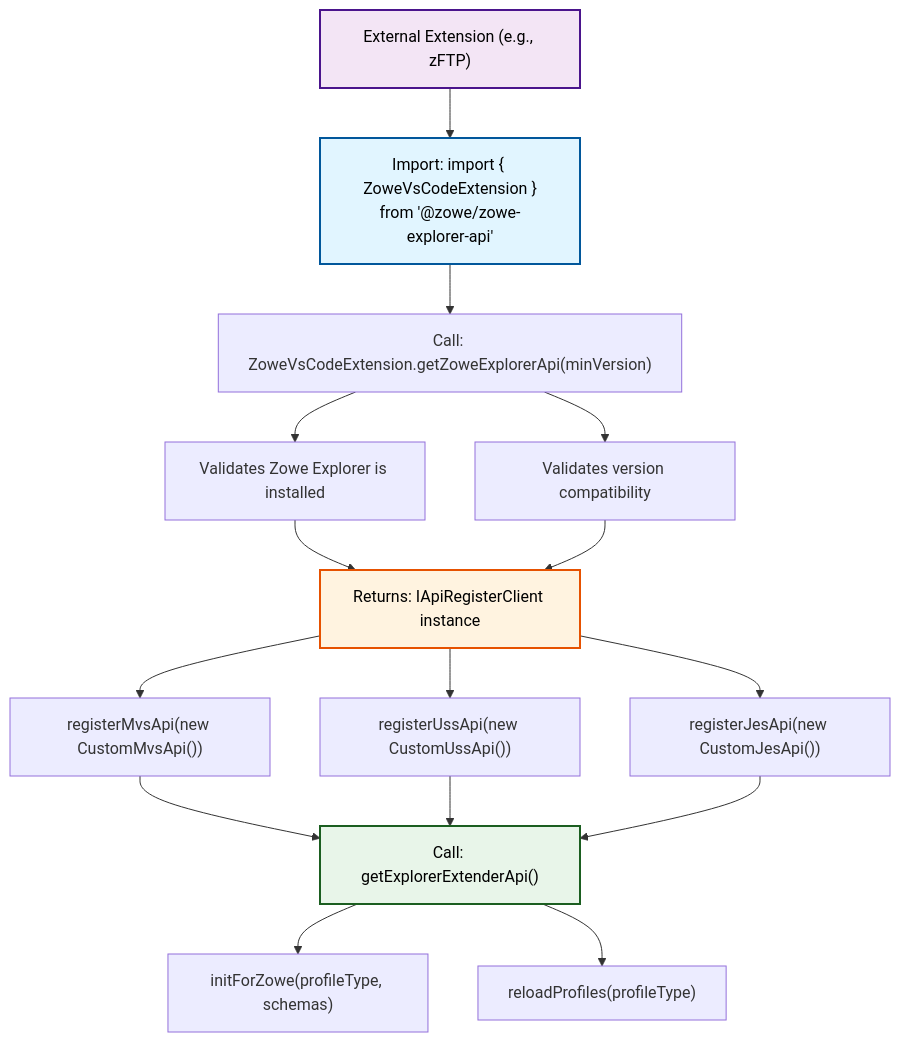
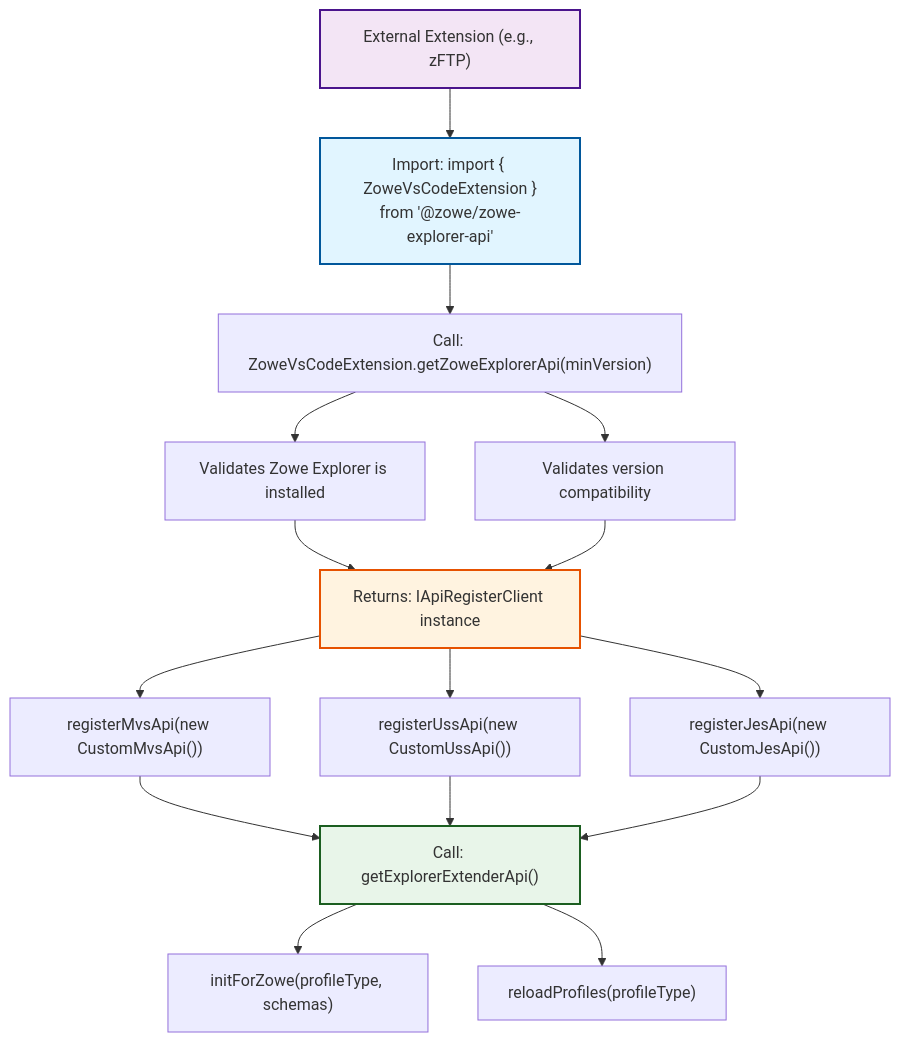
Before and after one commit to zowe/zowe-explorer-vscode: the fourth of 5 diagrams in docs/ARCHITECTURE.md, drawn with Mermaid. The commit also changed other lines of this file, not shown here.

````diff
--- a/docs/ARCHITECTURE.md
+++ b/docs/ARCHITECTURE.md
@@ -277,26 +277,26 @@
 ```mermaid
 flowchart TD
     Ext["External Extension (e.g., zFTP)"] --> Import["Import: import { ZoweVsCodeExtension }<br/>from '@zowe/zowe-explorer-api'"]
     Import --> Call["Call: ZoweVsCodeExtension.getZoweExplorerApi(minVersion)"]
     Call --> Validate1["Validates Zowe Explorer is installed"]
     Call --> Validate2["Validates version compatibility"]
 
     Validate1 --> Returns["Returns: IApiRegisterClient instance"]
     Validate2 --> Returns
 
     Returns --> RegMvs["registerMvsApi(new CustomMvsApi())"]
     Returns --> RegUss["registerUssApi(new CustomUssApi())"]
     Returns --> RegJes["registerJesApi(new CustomJesApi())"]
 
     RegMvs --> GetExtender["Call: getExplorerExtenderApi()"]
     RegUss --> GetExtender
     RegJes --> GetExtender
 
     GetExtender --> Init["initForZowe(profileType, schemas)"]
     GetExtender --> Reload["reloadProfiles(profileType)"]
 
-    style Ext fill:#f3e5f5,stroke:#4a148c,stroke-width:2px,color:#000
-    style Import fill:#e1f5ff,stroke:#01579b,stroke-width:2px,color:#000
-    style Returns fill:#fff3e0,stroke:#e65100,stroke-width:2px,color:#000
-    style GetExtender fill:#e8f5e9,stroke:#1b5e20,stroke-width:2px,color:#000
+    style Ext fill:#f3e5f5,stroke:#4a148c,stroke-width:2px
+    style Import fill:#e1f5ff,stroke:#01579b,stroke-width:2px
+    style Returns fill:#fff3e0,stroke:#e65100,stroke-width:2px
+    style GetExtender fill:#e8f5e9,stroke:#1b5e20,stroke-width:2px
 ```
````
